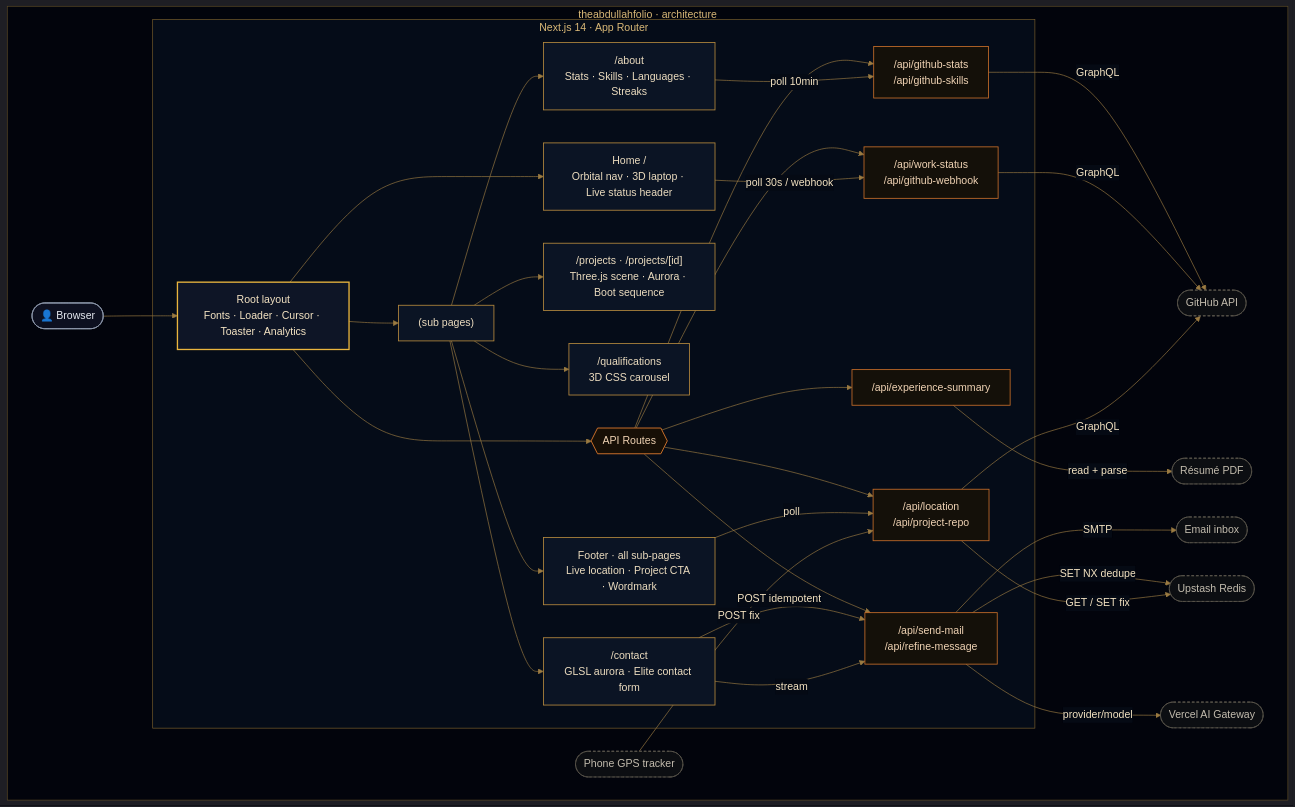
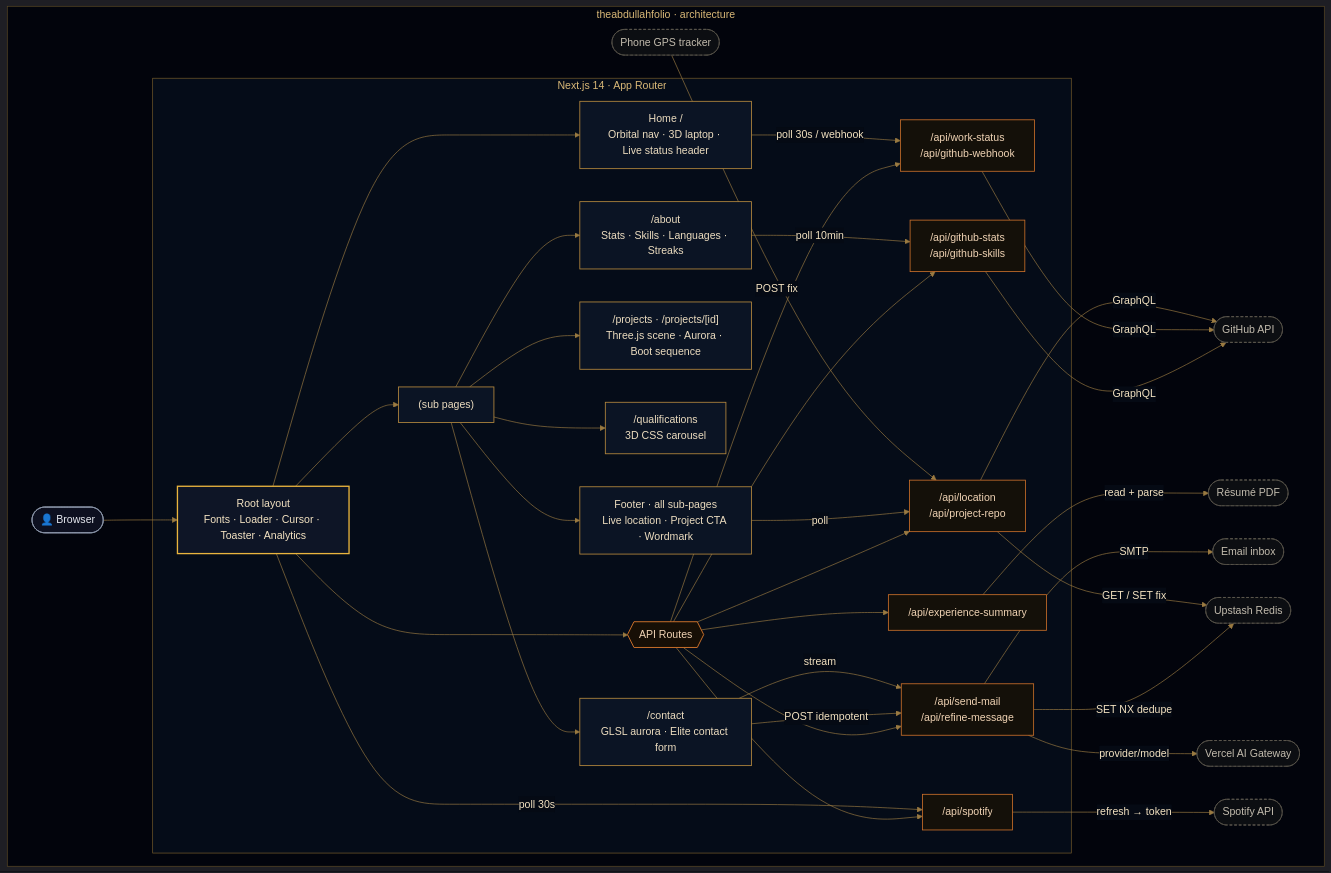
Before and after one commit to MA1002643/theabdullahfolio: the diagram in README.md, drawn with Mermaid. The commit also changed other lines of this file and 2 other files, not shown here.

Commit message:
feat: add Now Playing widget details to README and update changelog for Spotify integration

````diff
--- a/README.md
+++ b/README.md
@@ -144,65 +146,69 @@
 ```mermaid
 %%{init: {"theme":"dark","themeVariables":{"fontFamily":"ui-sans-serif, system-ui, -apple-system, Segoe UI, sans-serif","lineColor":"#9a7a42","edgeLabelBackground":"#050a14","tertiaryColor":"#050a14"}}}%%
 graph TD
     subgraph Sys[" theabdullahfolio · architecture "]
         Browser(["👤 Browser"])
 
         subgraph App[" Next.js 14 · App Router "]
             Root["Root layout<br/>Fonts · Loader · Cursor · Toaster · Analytics"]
             Root --> Home["Home /<br/>Orbital nav · 3D laptop · Live status header"]
             Root --> Pages["(sub pages)"]
             Pages --> About["/about<br/>Stats · Skills · Languages · Streaks"]
             Pages --> Projects["/projects · /projects/[id]<br/>Three.js scene · Aurora · Boot sequence"]
             Pages --> Quals["/qualifications<br/>3D CSS carousel"]
             Pages --> Contact["/contact<br/>GLSL aurora · Elite contact form"]
             Pages --> Footer["Footer · all sub-pages<br/>Live location · Project CTA · Wordmark"]
 
             Root --> API{{"API Routes"}}
             API --> Stats["/api/github-stats<br/>/api/github-skills"]
             API --> Exp["/api/experience-summary"]
             API --> Work["/api/work-status<br/>/api/github-webhook"]
             API --> Mail["/api/send-mail<br/>/api/refine-message"]
             API --> Foot["/api/location<br/>/api/project-repo"]
+            API --> Music["/api/spotify"]
         end
 
         GitHub([GitHub API])
         PDF([Résumé PDF])
         Inbox([Email inbox])
         Redis([Upstash Redis])
         Gateway([Vercel AI Gateway])
         Tracker([Phone GPS tracker])
+        Spotify([Spotify API])
 
         Browser --> Root
         About -->|poll 10min| Stats
         Home -->|poll 30s / webhook| Work
         Contact -->|POST idempotent| Mail
         Contact -->|stream| Mail
         Stats -->|GraphQL| GitHub
         Work -->|GraphQL| GitHub
         Exp -->|read + parse| PDF
         Mail -->|SMTP| Inbox
         Mail -->|SET NX dedupe| Redis
         Mail -->|provider/model| Gateway
         Footer -->|poll| Foot
         Tracker -->|POST fix| Foot
         Foot -->|GraphQL| GitHub
         Foot -->|GET / SET fix| Redis
+        Root -->|poll 30s| Music
+        Music -->|refresh → token| Spotify
     end
 
     classDef client fill:#0d1020,stroke:#8f99ad,stroke-width:1.25px,color:#e6e9f0;
     classDef root fill:#0e1526,stroke:#eab53e,stroke-width:2px,color:#f4e3c2;
     classDef page fill:#0b1424,stroke:#b78a3e,stroke-width:1.25px,color:#ecdcbf;
     classDef api fill:#141009,stroke:#c96f2a,stroke-width:1.25px,color:#f0d3b4;
     classDef gateway fill:#170f06,stroke:#c96f2a,stroke-width:1.5px,color:#f0d3b4;
     classDef ext fill:#0c0e12,stroke:#5f5a50,stroke-width:1px,color:#c3bcae,stroke-dasharray:4 3;
 
     class Browser client;
     class Root root;
     class Home,Pages,About,Projects,Quals,Contact,Footer page;
-    class Stats,Exp,Work,Mail,Foot api;
+    class Stats,Exp,Work,Mail,Foot,Music api;
     class API gateway;
-    class GitHub,PDF,Inbox,Redis,Gateway,Tracker ext;
+    class GitHub,PDF,Inbox,Redis,Gateway,Tracker,Spotify ext;
 
     style Sys fill:#02040c,stroke:#5c4a24,stroke-width:1px,color:#d9b877;
     style App fill:#050c18,stroke:#7a5f2c,stroke-width:1px,color:#d9b877;
 ```
````
